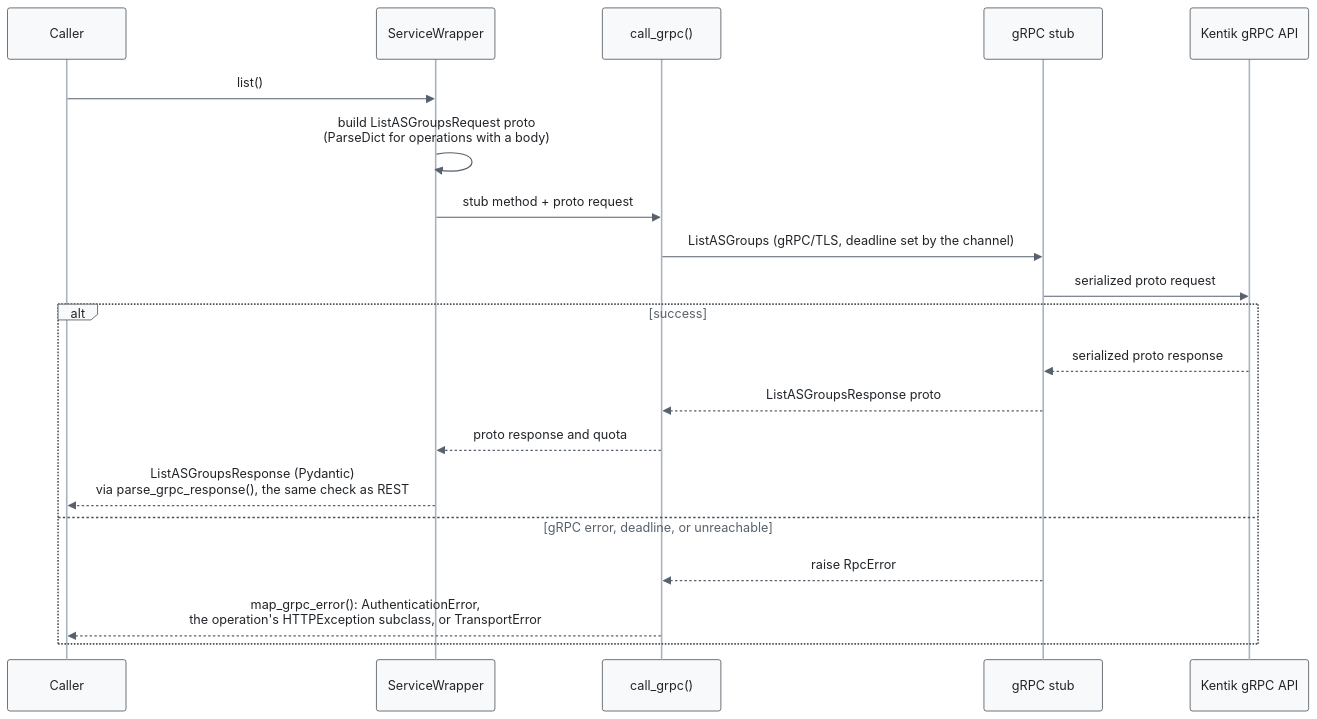
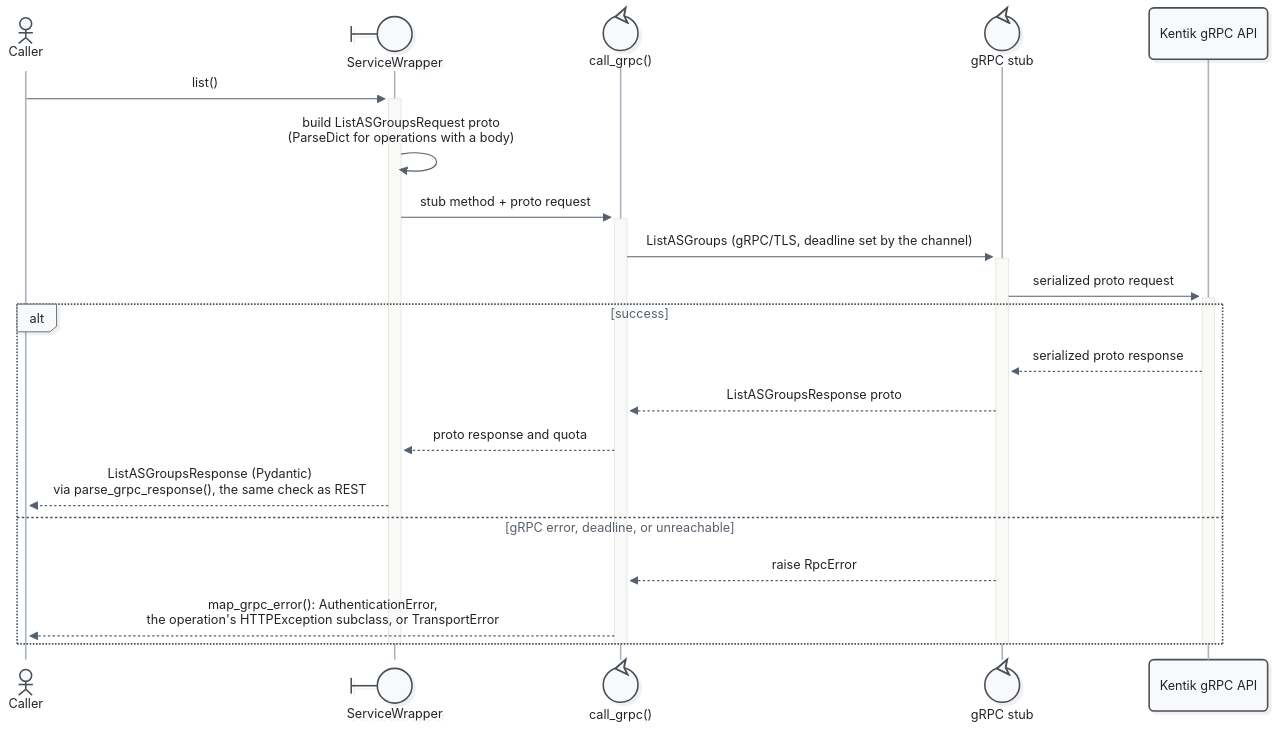
The second of 2 diagrams in docs/sphinx/guides/grpc.md (alexdearaujo/community_sdk_python), drawn with Mermaid before and after one commit. The commit also changed other lines of this file and 52 other files, not shown here.

First line of the commit message:
docs: Mermaid 12 sequence diagrams with participant types and path colors

````diff
--- a/docs/sphinx/guides/grpc.md
+++ b/docs/sphinx/guides/grpc.md
@@ -70,24 +73,28 @@
 ```mermaid
-%%{init: {"theme": "base", "fontFamily": "ui-monospace, SFMono-Regular, Menlo, monospace", "themeVariables": {"fontFamily": "ui-monospace, SFMono-Regular, Menlo, monospace", "primaryColor": "#f8f9fa", "primaryBorderColor": "#495057", "primaryTextColor": "#212529", "textColor": "#212529", "lineColor": "#77818c", "edgeLabelBackground": "#ffffff", "actorBkg": "#f8f9fa", "actorBorder": "#495057", "actorTextColor": "#212529", "actorLineColor": "#a9b3be", "signalColor": "#57616d", "signalTextColor": "#212529", "labelBoxBkgColor": "#f8f9fa", "labelBoxBorderColor": "#495057", "labelTextColor": "#212529", "loopTextColor": "#57616d", "noteBkgColor": "#fff9db", "noteBorderColor": "#f08c00", "noteTextColor": "#a35a00"}, "flowchart": {"curve": "step", "nodeSpacing": 30, "rankSpacing": 70, "wrappingWidth": 400}}}%%
+%%{init: {"theme": "redux", "look": "neo", "layout": "dagre", "fontFamily": "ui-monospace, SFMono-Regular, Menlo, monospace", "themeVariables": {"fontFamily": "ui-monospace, SFMono-Regular, Menlo, monospace", "primaryColor": "#f8f9fa", "primaryBorderColor": "#495057", "primaryTextColor": "#212529", "textColor": "#212529", "lineColor": "#77818c", "edgeLabelBackground": "#ffffff", "actorBkg": "#f8f9fa", "actorBorder": "#495057", "actorTextColor": "#212529", "actorLineColor": "#a9b3be", "signalColor": "#57616d", "signalTextColor": "#212529", "labelBoxBkgColor": "#f8f9fa", "labelBoxBorderColor": "#495057", "labelTextColor": "#212529", "loopTextColor": "#57616d", "noteBkgColor": "#fff9db", "noteBorderColor": "#f08c00", "noteTextColor": "#a35a00"}, "sequence": {"activationWidth": 16}, "flowchart": {"curve": "step", "nodeSpacing": 30, "rankSpacing": 70, "wrappingWidth": 400}}}%%
 sequenceDiagram
-    participant C as Caller
-    participant W as ServiceWrapper
-    participant CG as call_grpc()
-    participant S as gRPC stub
+    actor C as Caller
+    participant W@{ "type": "boundary" } as ServiceWrapper
+    participant CG@{ "type": "control" } as call_grpc()
+    participant S@{ "type": "control" } as gRPC stub
     participant API as Kentik gRPC API
 
-    C->>W: list()
+    C->>+W: list()
     W->>W: build ListASGroupsRequest proto<br/>(ParseDict for operations with a body)
-    W->>CG: stub method + proto request
-    CG->>S: ListASGroups (gRPC/TLS, deadline set by the channel)
-    S->>API: serialized proto request
+    W->>+CG: stub method + proto request
+    CG->>+S: ListASGroups (gRPC/TLS, deadline set by the channel)
+    S->>+API: serialized proto request
     alt success
         API-->>S: serialized proto response
         S-->>CG: ListASGroupsResponse proto
         CG-->>W: proto response and quota
         W-->>C: ListASGroupsResponse (Pydantic)<br/>via parse_grpc_response(), the same check as REST
     else gRPC error, deadline, or unreachable
         S-->>CG: raise RpcError
         CG-->>C: map_grpc_error(): AuthenticationError,<br/>the operation's HTTPException subclass, or TransportError
     end
+    deactivate API
+    deactivate S
+    deactivate CG
+    deactivate W
 ```
````
